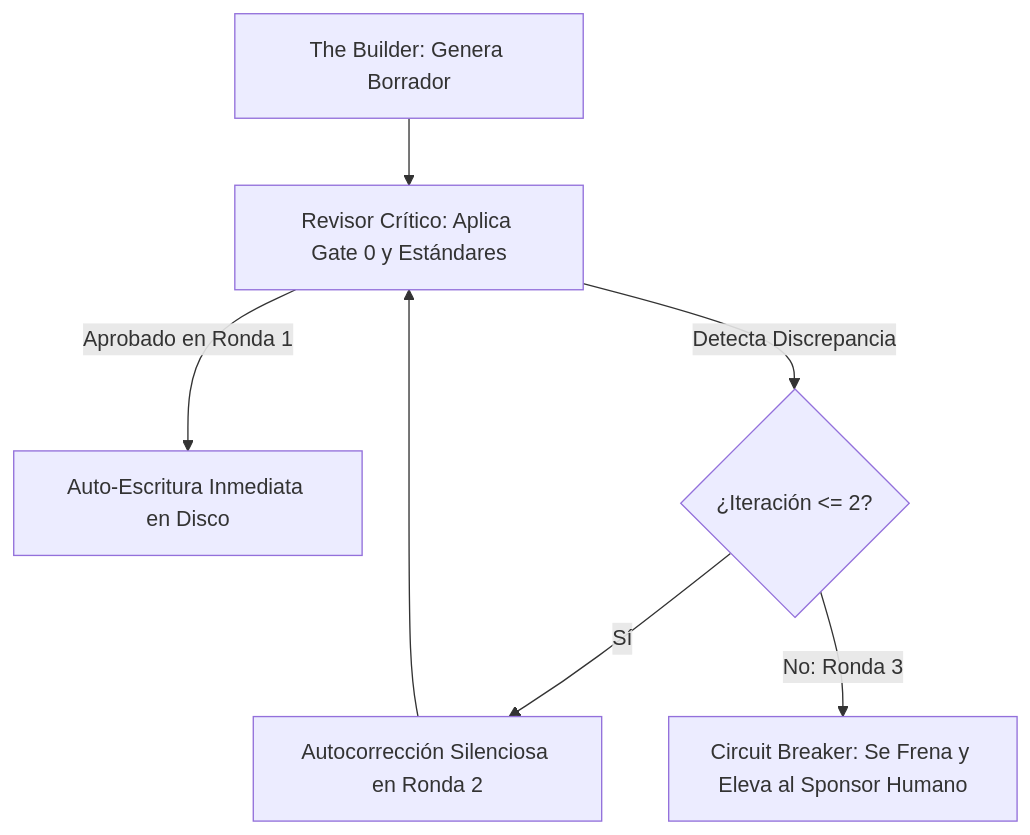
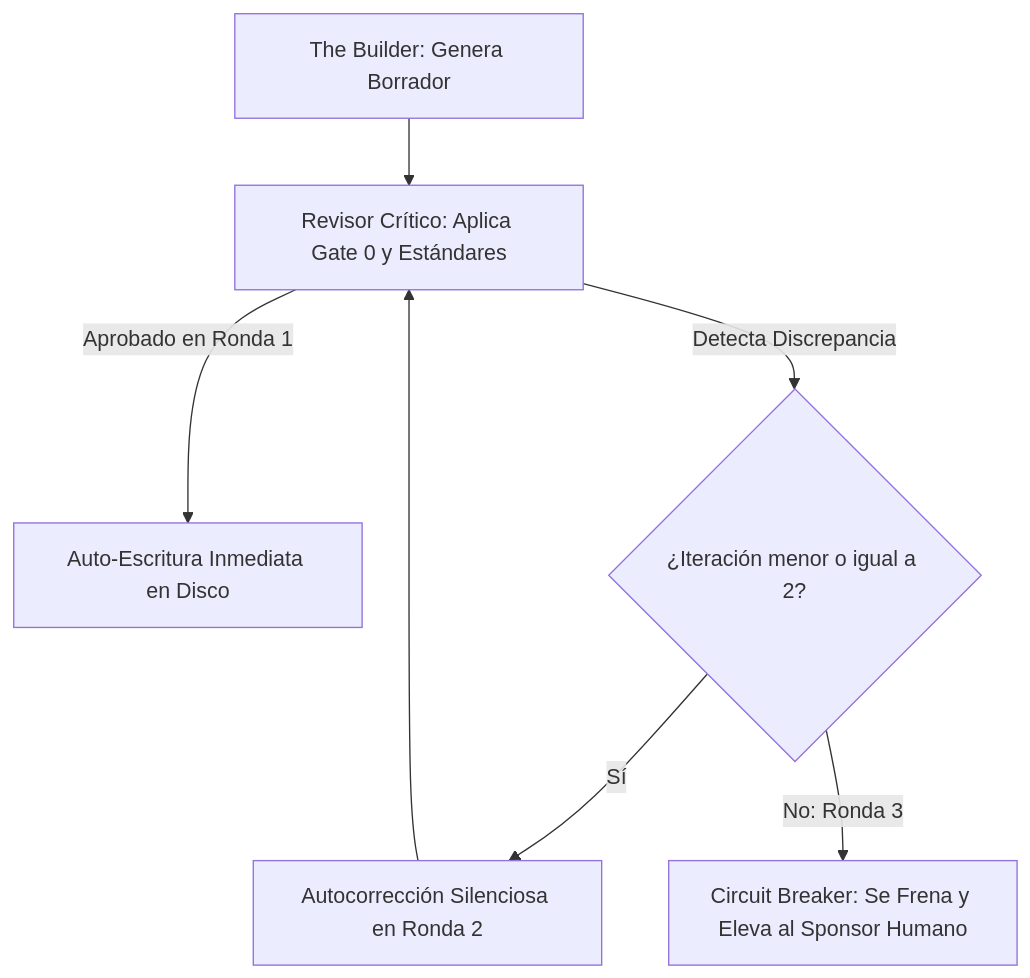
One commit to ribonilla/arnesOrquestador changed the second of 2 diagrams in README.md. Above: the diagram before and after it, drawn with Mermaid. The commit also changed other lines of this file and 2 other files, not shown here.

Commit message:
docs(readme): align slide count, roles, 8-step sequence and fix mermaid labels

````diff
--- a/README.md
+++ b/README.md
@@ -245,9 +245,9 @@
 ```mermaid
 flowchart TD
-    A[The Builder: Genera Borrador] --> B[Revisor Crítico: Aplica Gate 0 y Estándares]
+    A["The Builder: Genera Borrador"] --> B["Revisor Crítico: Aplica Gate 0 y Estándares"]
     B -->|Aprobado en Ronda 1| C[Auto-Escritura Inmediata en Disco]
-    B -->|Detecta Discrepancia| D{¿Iteración <= 2?}
+    B -->|Detecta Discrepancia| D{"¿Iteración menor o igual a 2?"}
     D -->|Sí| E[Autocorrección Silenciosa en Ronda 2]
     E --> B
-    D -->|No: Ronda 3| F[Circuit Breaker: Se Frena y Eleva al Sponsor Humano]
+    D -->|No: Ronda 3| F["Circuit Breaker: Se Frena y Eleva al Sponsor Humano"]
 ```
````
